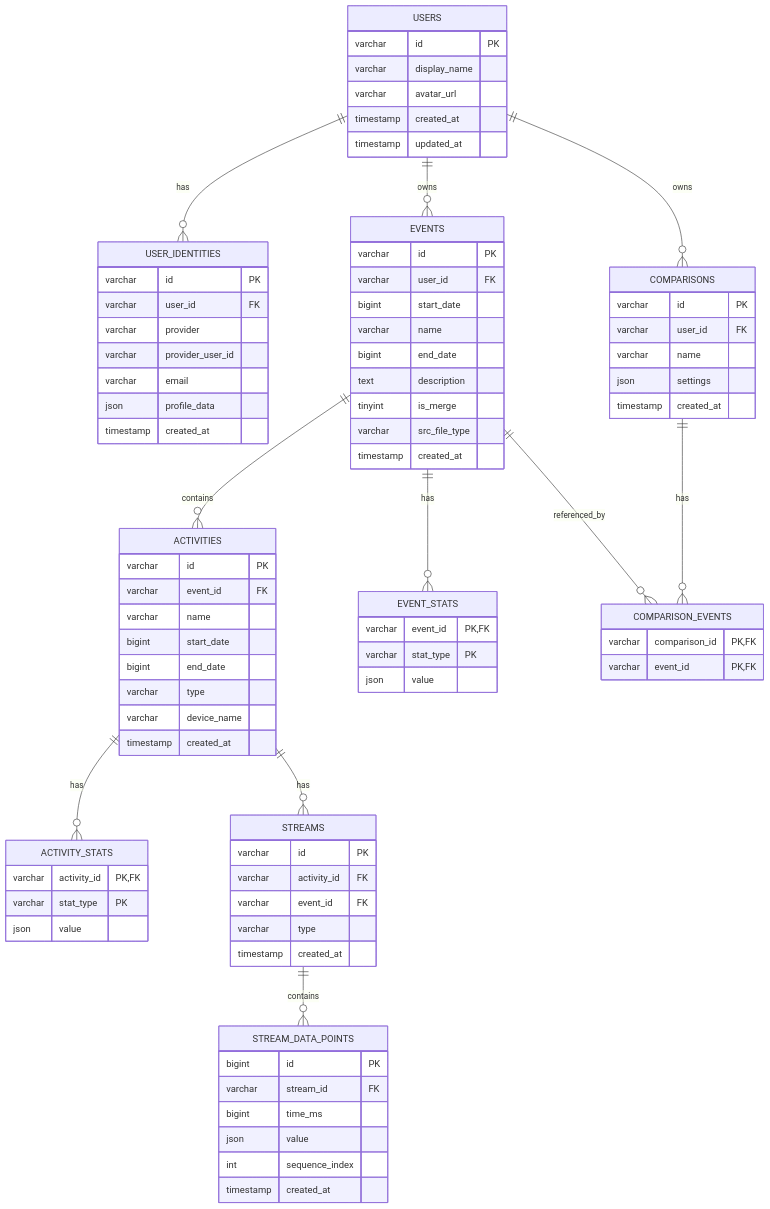
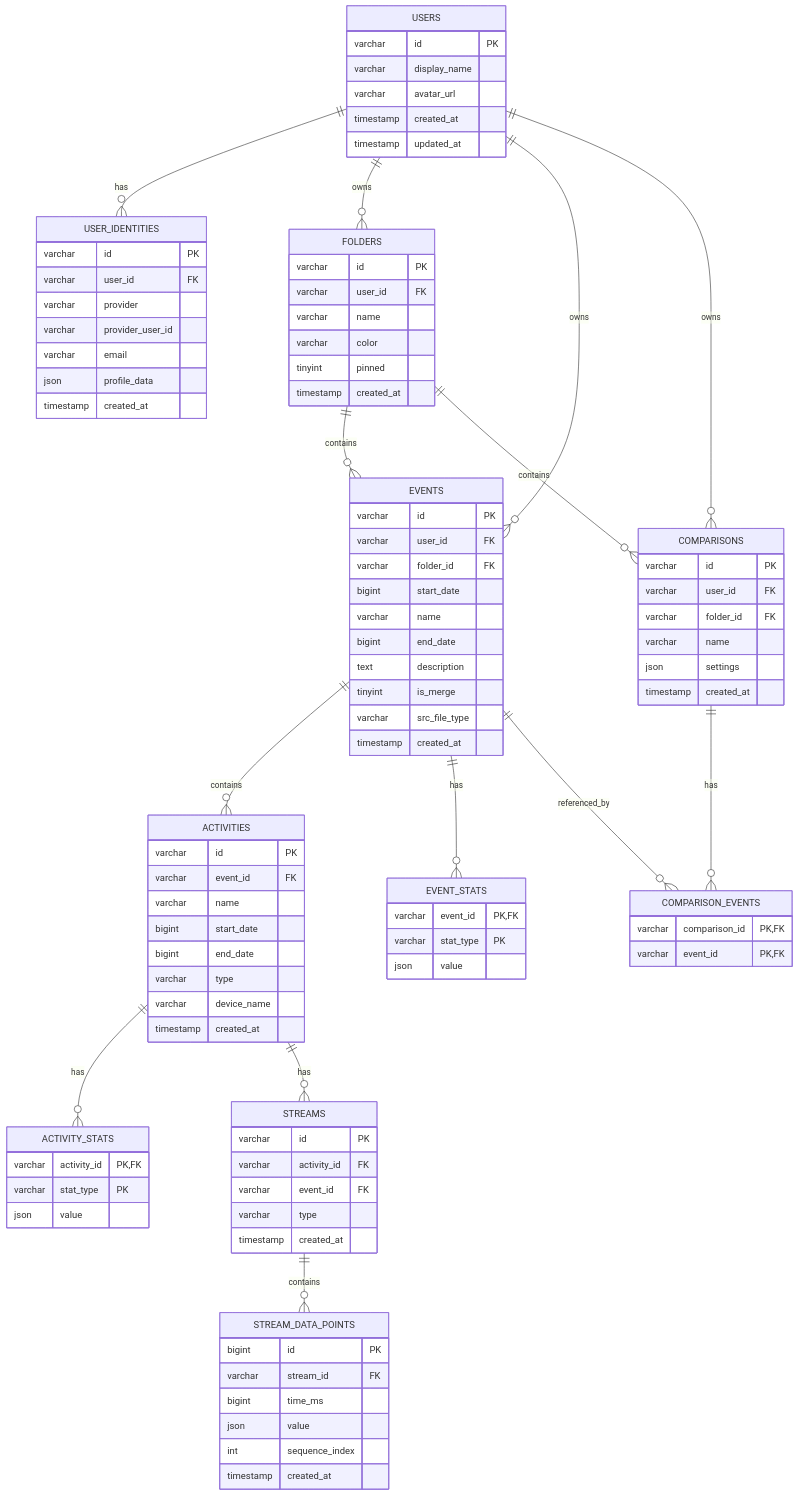
Before and after one commit to luispabon/OpenFitLab: the second of 4 diagrams in docs/ARCHITECTURE.md, drawn with Mermaid. The commit also changed other lines of this file and 48 other files, not shown here.

````diff
--- a/docs/ARCHITECTURE.md
+++ b/docs/ARCHITECTURE.md
@@ -63,8 +63,11 @@
 ```mermaid
 erDiagram
     USERS ||--o{ USER_IDENTITIES : has
+    USERS ||--o{ FOLDERS : owns
     USERS ||--o{ EVENTS : owns
     USERS ||--o{ COMPARISONS : owns
+    FOLDERS ||--o{ EVENTS : contains
+    FOLDERS ||--o{ COMPARISONS : contains
     EVENTS ||--o{ ACTIVITIES : contains
     EVENTS ||--o{ EVENT_STATS : has
     COMPARISONS ||--o{ COMPARISON_EVENTS : has
@@ -91,9 +94,19 @@
         timestamp created_at
     }
 
+    FOLDERS {
+        varchar id PK
+        varchar user_id FK
+        varchar name
+        varchar color
+        tinyint pinned
+        timestamp created_at
+    }
+
     EVENTS {
         varchar id PK
         varchar user_id FK
+        varchar folder_id FK
         bigint start_date
         varchar name
         bigint end_date
@@ -146,6 +159,7 @@
     COMPARISONS {
         varchar id PK
         varchar user_id FK
+        varchar folder_id FK
         varchar name
         json settings
         timestamp created_at
````
